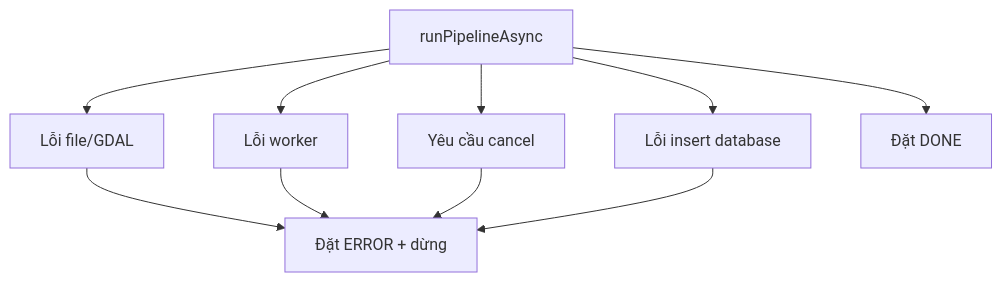
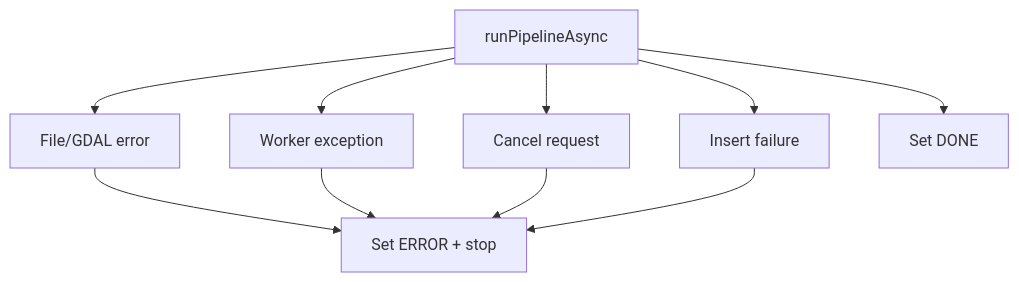
The second of 2 diagrams in docs/PIPELINE.md (Dinhthuy2k5/remote-sensing-pipeline), drawn with Mermaid before and after one commit. The commit also changed other lines of this file and 4 other files, not shown here.

Commit message:
docs: localize documentation and keep diagrams precise

````diff
--- a/docs/PIPELINE.md
+++ b/docs/PIPELINE.md
@@ -285,16 +285,16 @@
 ```mermaid
 flowchart TB
     Run["runPipelineAsync"]
-    FileError["Lỗi file/GDAL"]
-    WorkerError["Lỗi worker"]
-    Cancel["Yêu cầu cancel"]
-    DBError["Lỗi insert database"]
-    Error["Đặt ERROR + dừng"]
-    Done["Đặt DONE"]
+    FileError["File/GDAL error"]
+    WorkerError["Worker exception"]
+    Cancel["Cancel request"]
+    DBError["Insert failure"]
+    Error["Set ERROR + stop"]
+    Done["Set DONE"]
 
     Run --> FileError --> Error
     Run --> WorkerError --> Error
     Run --> Cancel --> Error
     Run --> DBError --> Error
     Run --> Done
 ```
````
